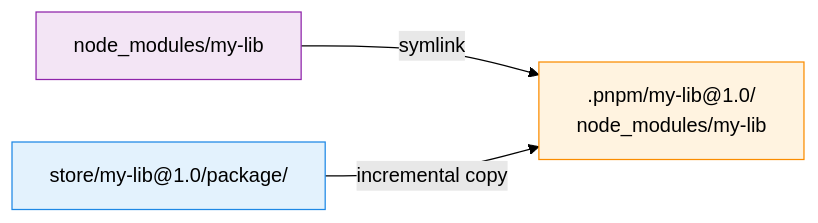
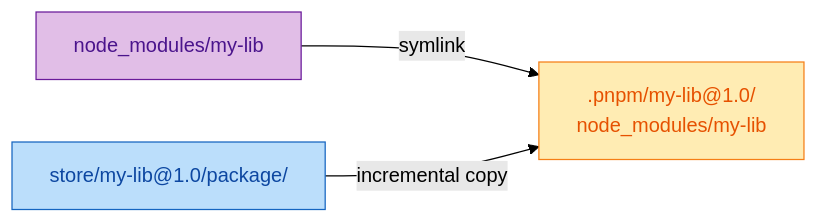
The fourth of 5 diagrams in docs/how-it-works.md (oleg-kuibar/plunk), drawn with Mermaid (forest theme) before and after one commit. The commit also changed other lines of this file and 10 other files, not shown here.

First line of the commit message:
docs: theme-safe mermaid colors, tighten prose

````diff
--- a/docs/how-it-works.md
+++ b/docs/how-it-works.md
@@ -118,9 +130,9 @@
 ```mermaid
 graph LR
     NM["node_modules/my-lib"] -- "symlink" --> PNPM[".pnpm/my-lib@1.0/<br/>node_modules/my-lib"]
     Store["store/my-lib@1.0/package/"] -- "incremental copy" --> PNPM
 
-    style Store fill:#e3f2fd,stroke:#1e88e5
-    style PNPM fill:#fff3e0,stroke:#fb8c00
-    style NM fill:#f3e5f5,stroke:#8e24aa
+    style Store fill:#bbdefb,stroke:#1565c0,color:#0d47a1
+    style PNPM fill:#ffecb3,stroke:#f57f17,color:#e65100
+    style NM fill:#e1bee7,stroke:#6a1b9a,color:#4a148c
 ```
````
